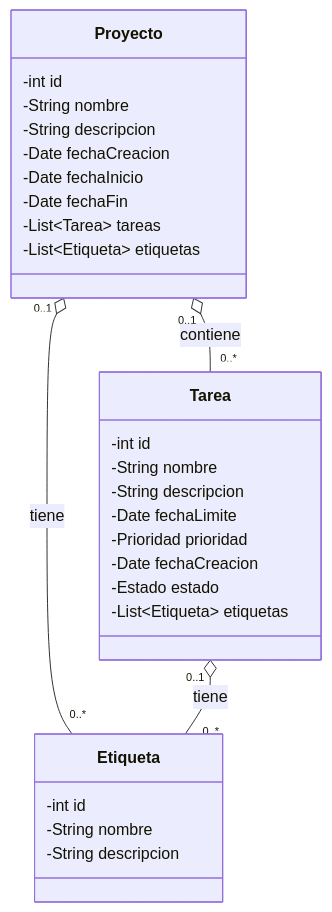
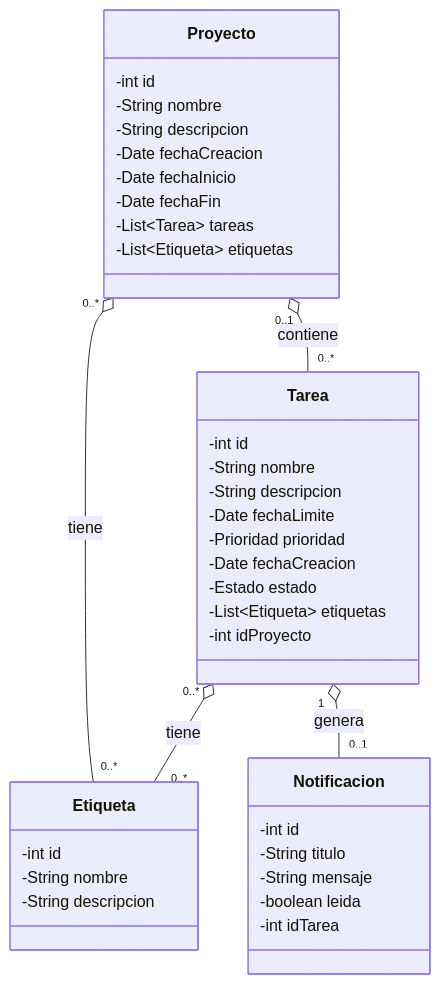
Before and after one commit to a19albertons/Tus-Tareas: the fourth of 4 diagrams in doc/templates/3_deseño.md, drawn with Mermaid. The commit also changed other lines of this file, not shown here.

````diff
--- a/doc/templates/3_deseño.md
+++ b/doc/templates/3_deseño.md
@@ -90,36 +100,45 @@
 ```mermaid
 classDiagram
     class Tarea {
         -int id
         -String nombre
         -String descripcion
         -Date fechaLimite
         -Prioridad prioridad
         -Date fechaCreacion
         -Estado estado
         -List~Etiqueta~ etiquetas
+        -int idProyecto
     }
 
     class Proyecto {
         -int id
         -String nombre
         -String descripcion
         -Date fechaCreacion
         -Date fechaInicio
         -Date fechaFin
         -List~Tarea~ tareas
         -List~Etiqueta~ etiquetas
     }
 
     class Etiqueta {
         -int id
         -String nombre
         -String descripcion
     }
+    class Notificacion {
+        -int id
+        -String titulo
+        -String mensaje
+        -boolean leida
+        -int idTarea
+    }
 
     %% Relaciones
     Proyecto "0..1" o-- "0..*" Tarea : contiene
-    Proyecto "0..1" o-- "0..*" Etiqueta : tiene
-    Tarea "0..1" o-- "0..*" Etiqueta : tiene
+    Proyecto "0..*" o-- "0..*" Etiqueta : tiene
+    Tarea "0..*" o-- "0..*" Etiqueta : tiene
+    Tarea "1" o-- "0..1" Notificacion : genera
 
 ```
````
